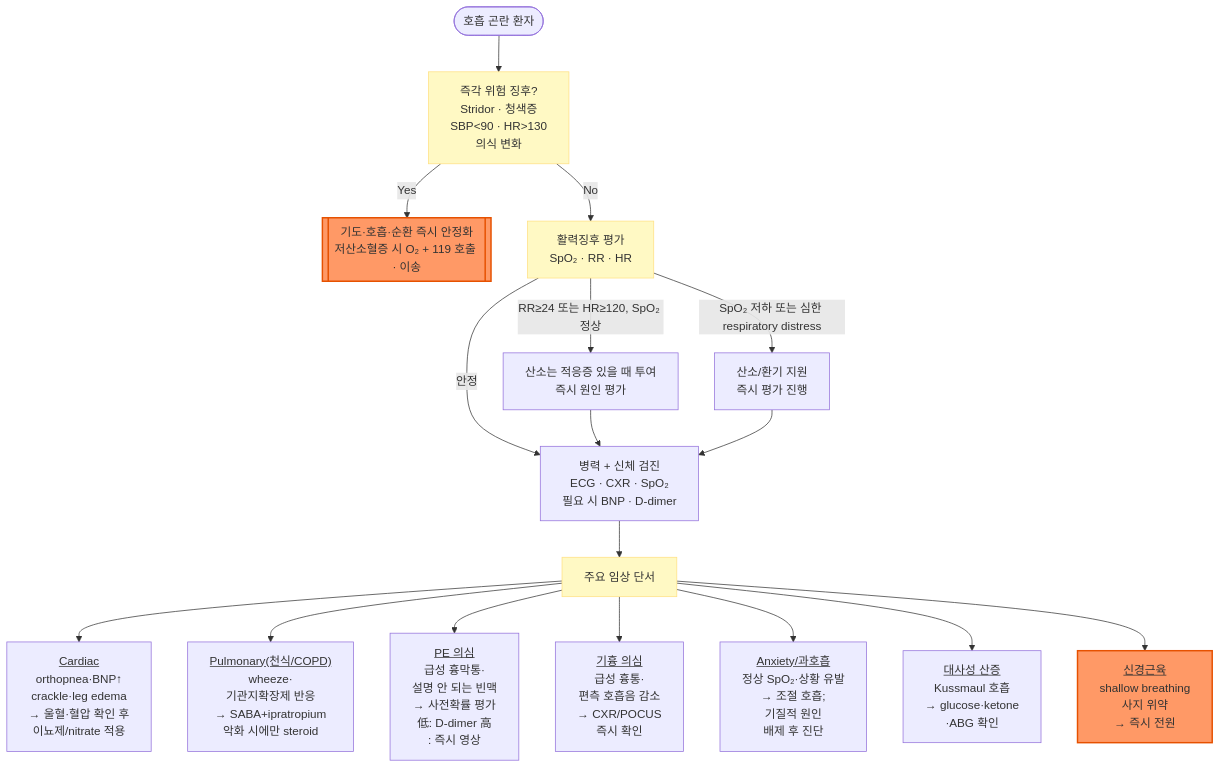
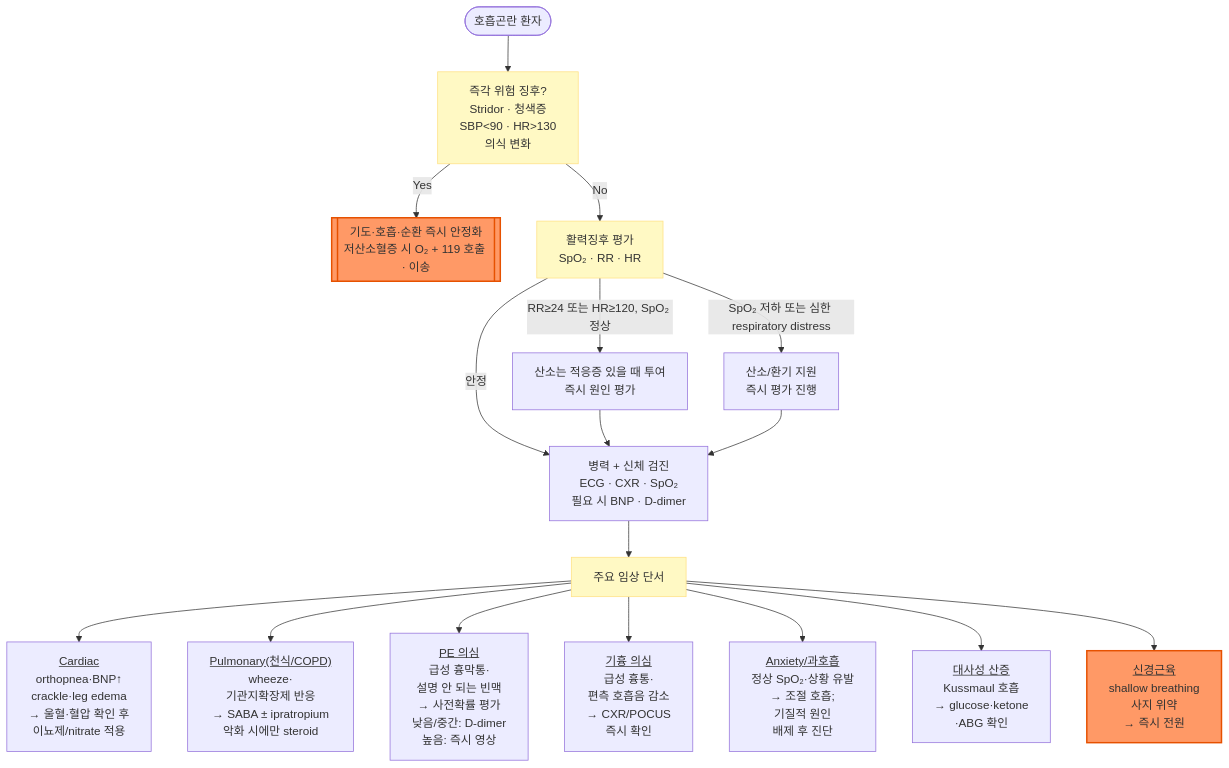
The diagram in 220_/007_-dyspnea.md (familyoh77/familyoh77), drawn with Mermaid before and after one commit. The commit also changed other lines of this file, not shown here.

````diff
--- a/220_/007_-dyspnea.md
+++ b/220_/007_-dyspnea.md
@@ -246,24 +246,24 @@
 ```mermaid
 graph TD
-    A([호흡 곤란 환자]) --> B["즉각 위험 징후?<br/>Stridor · 청색증<br/>SBP<90 · HR>130<br/>의식 변화"]
+    A([호흡곤란 환자]) --> B["즉각 위험 징후?<br/>Stridor · 청색증<br/>SBP<90 · HR>130<br/>의식 변화"]
     B -->|Yes| C[["기도·호흡·순환 즉시 안정화<br/>저산소혈증 시 O₂ + 119 호출 · 이송"]]
     B -->|No| D["활력징후 평가<br/>SpO₂ · RR · HR"]
     D -->|SpO₂ 저하 또는 심한 respiratory distress| E["산소/환기 지원<br/>즉시 평가 진행"]
     D -->|RR≥24 또는 HR≥120, SpO₂ 정상| M["산소는 적응증 있을 때 투여<br/>즉시 원인 평가"]
     D -->|안정| F["병력 + 신체 검진<br/>ECG · CXR · SpO₂<br/>필요 시 BNP · D-dimer"]
     M --> F
     E --> F
     F --> G[주요 임상 단서]
     G --> H["<u>Cardiac</u><br/>orthopnea·BNP↑<br/>crackle·leg edema<br/>→ 울혈·혈압 확인 후<br/>이뇨제/nitrate 적용"]
-    G --> I["<u>Pulmonary(천식/COPD)</u><br/>wheeze·<br/>기관지확장제 반응<br/>→ SABA+ipratropium<br/>악화 시에만 steroid"]
-    G --> J["<u>PE 의심</u><br/>급성 흉막통·<br/>설명 안 되는 빈맥<br/>→ 사전확률 평가<br/>低: D-dimer 高<br/>: 즉시 영상"]
+    G --> I["<u>Pulmonary(천식/COPD)</u><br/>wheeze·<br/>기관지확장제 반응<br/>→ SABA ± ipratropium<br/>악화 시에만 steroid"]
+    G --> J["<u>PE 의심</u><br/>급성 흉막통·<br/>설명 안 되는 빈맥<br/>→ 사전확률 평가<br/>낮음/중간: D-dimer<br/>높음: 즉시 영상"]
     G --> N["<u>기흉 의심</u><br/>급성 흉통·<br/>편측 호흡음 감소<br/>→ CXR/POCUS <br/>즉시 확인"]
     G --> K1["<u>Anxiety/과호흡</u><br/>정상 SpO₂·상황 유발<br/>→ 조절 호흡;<br/> 기질적 원인<br/>배제 후 진단"]
     G --> K2["<u>대사성 산증</u><br/>Kussmaul 호흡<br/>→ glucose·ketone<br/>·ABG 확인"]
     G --> L["<u>신경근육</u><br/>shallow breathing<br/>사지 위약<br/>→ 즉시 전원"]
     style C fill:#f96,stroke:#e65100,stroke-width:2px
     style L fill:#f96,stroke:#e65100,stroke-width:2px
 
 classDef yellow fill:#fff9c4,stroke:#ffe082
 class B,D,G yellow
 ```
````
